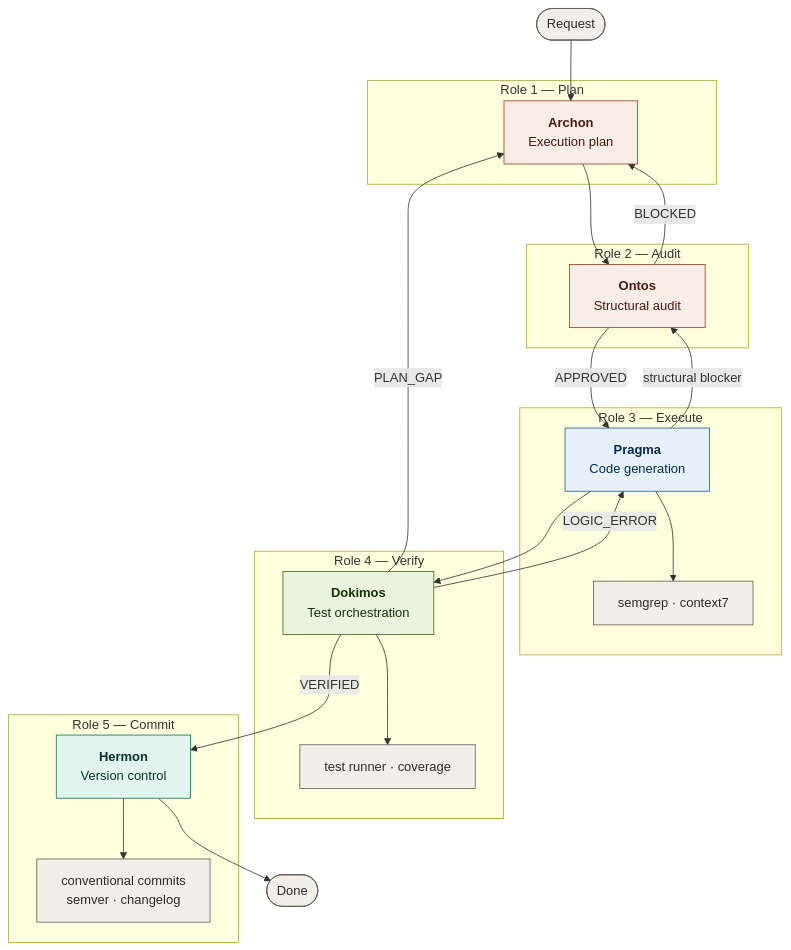
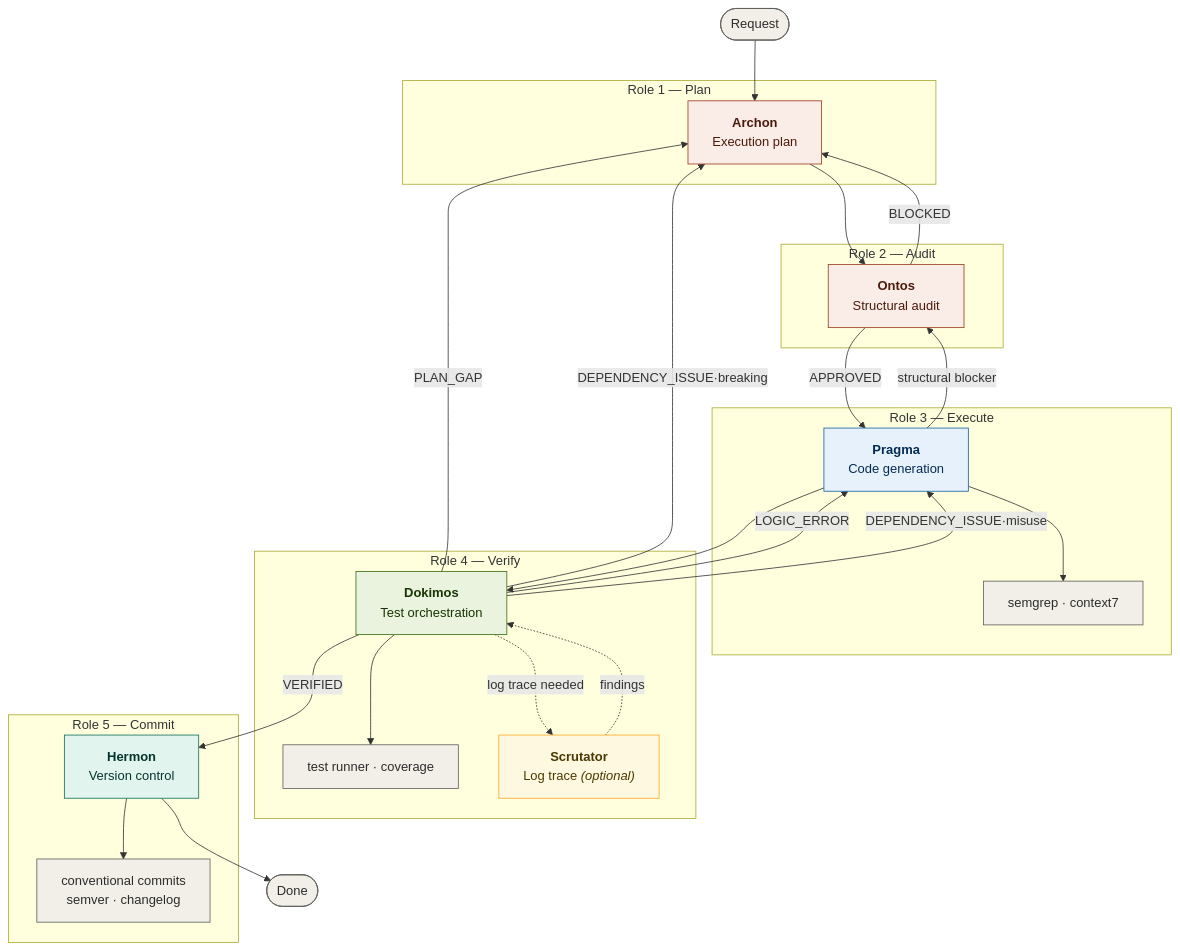
Before and after one commit to ancrz/pipeline-agentic: the diagram in gemini/README.md, drawn with Mermaid. The commit also changed other lines of this file and 6 other files, not shown here.

````diff
--- a/gemini/README.md
+++ b/gemini/README.md
@@ -21,57 +21,64 @@
 ```mermaid
 flowchart TD
     R([Request]) --> A
 
     subgraph PLAN ["Role 1 — Plan"]
         A["`**Archon**
         Execution plan`"]
     end
 
     subgraph AUDIT ["Role 2 — Audit"]
         O["`**Ontos**
         Structural audit`"]
     end
 
     subgraph EXECUTE ["Role 3 — Execute"]
         P["`**Pragma**
         Code generation`"]
         S7["semgrep · context7"]
     end
 
     subgraph VERIFY ["Role 4 — Verify"]
         D["`**Dokimos**
         Test orchestration`"]
         TT["test runner · coverage"]
+        SC["`**Scrutator**
+        Log trace _(optional)_`"]
     end
 
     subgraph COMMIT ["Role 5 — Commit"]
         H["`**Hermon**
         Version control`"]
         CC["conventional commits
         semver · changelog"]
     end
 
     A --> O
     O -->|APPROVED| P
     O -->|BLOCKED| A
     P --> S7
     P --> D
     P -->|structural blocker| O
     D --> TT
+    D -.->|log trace needed| SC
+    SC -.->|findings| D
     D -->|VERIFIED| H
     D -->|LOGIC_ERROR| P
     D -->|PLAN_GAP| A
+    D -->|DEPENDENCY_ISSUE·breaking| A
+    D -->|DEPENDENCY_ISSUE·misuse| P
     H --> CC
     H --> DONE([Done])
 
     style A fill:#FAECE7,stroke:#993C1D,color:#4A1B0C
     style O fill:#FAECE7,stroke:#993C1D,color:#4A1B0C
     style P fill:#E6F1FB,stroke:#185FA5,color:#042C53
     style D fill:#EAF3DE,stroke:#3B6D11,color:#173404
     style H fill:#E1F5EE,stroke:#0F6E56,color:#04342C
     style S7 fill:#F1EFE8,stroke:#5F5E5A,color:#2C2C2A
     style TT fill:#F1EFE8,stroke:#5F5E5A,color:#2C2C2A
+    style SC fill:#FFF8E1,stroke:#F9A825,color:#4A3800
     style CC fill:#F1EFE8,stroke:#5F5E5A,color:#2C2C2A
     style R fill:#F1EFE8,stroke:#5F5E5A,color:#2C2C2A
     style DONE fill:#F1EFE8,stroke:#5F5E5A,color:#2C2C2A
 ```
````
